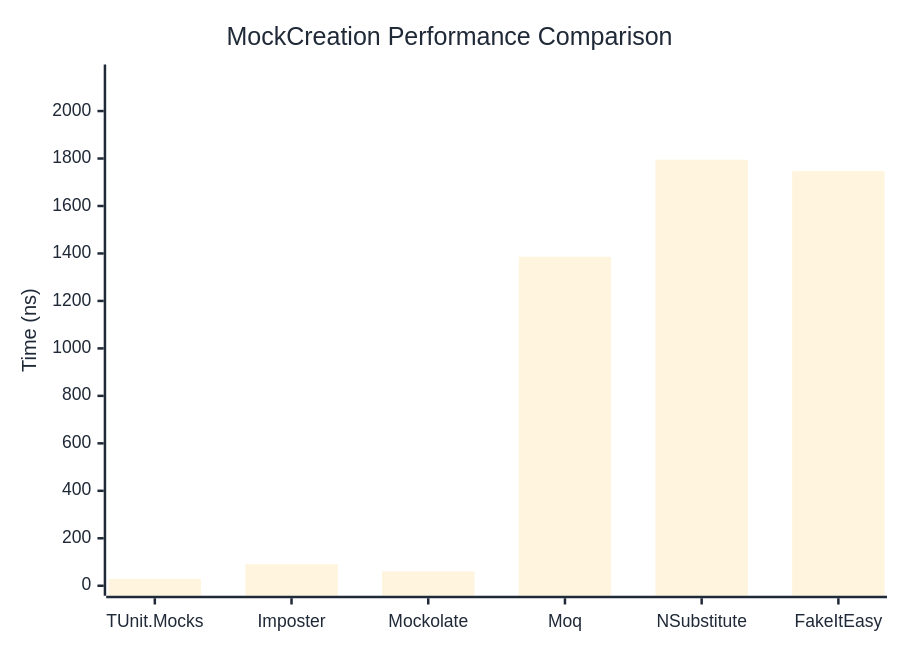
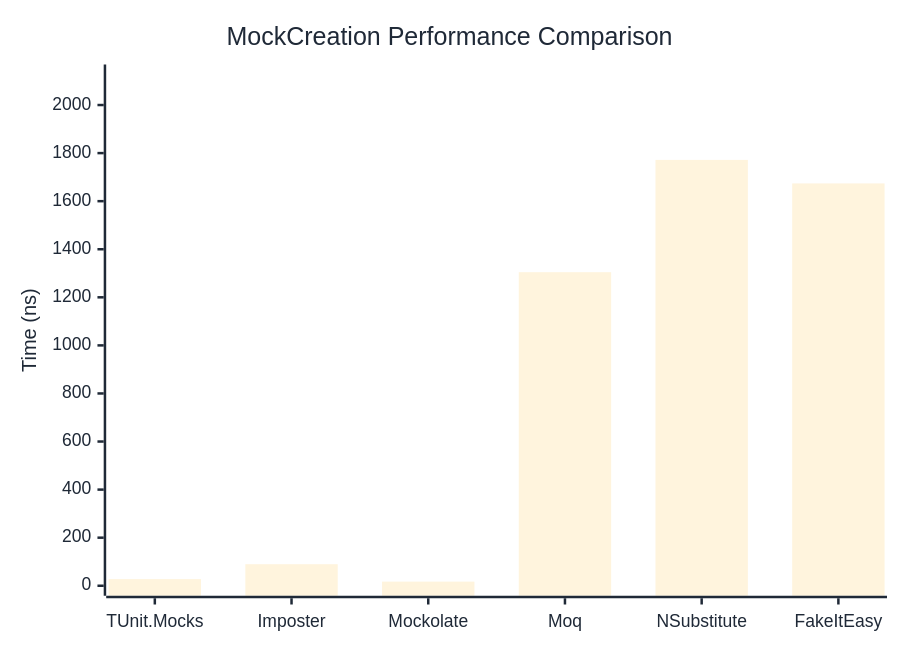
The first of 2 diagrams in docs/docs/benchmarks/mocks/MockCreation.md (thomhurst/TUnit), drawn with Mermaid before and after one commit. The commit also changed other lines of this file and 14 other files, not shown here.

````diff
--- a/docs/docs/benchmarks/mocks/MockCreation.md
+++ b/docs/docs/benchmarks/mocks/MockCreation.md
@@ -30,27 +30,27 @@
 ```mermaid
 %%{init: {
   'theme':'base',
   'themeVariables': {
     'primaryColor': '#2563eb',
     'primaryTextColor': '#1f2937',
     'primaryBorderColor': '#1e40af',
     'lineColor': '#6b7280',
     'secondaryColor': '#7c3aed',
     'tertiaryColor': '#dc2626',
     'background': '#ffffff',
     'pie1': '#2563eb',
     'pie2': '#7c3aed',
     'pie3': '#dc2626',
     'pie4': '#f59e0b',
     'pie5': '#10b981',
     'pie6': '#06b6d4',
     'pie7': '#ec4899',
     'pie8': '#6366f1'
   }
 }}%%
 xychart-beta
   title "MockCreation Performance Comparison"
   x-axis ["TUnit.Mocks", "Imposter", "Mockolate", "Moq", "NSubstitute", "FakeItEasy"]
-  y-axis "Time (ns)" 0 --> 2154
-  bar [28.2, 90.87, 60.38, 1385.96, 1794.82, 1746.75]
+  y-axis "Time (ns)" 0 --> 2127
+  bar [27.6, 89.56, 17.16, 1304.49, 1771.72, 1673.87]
 ```
````
